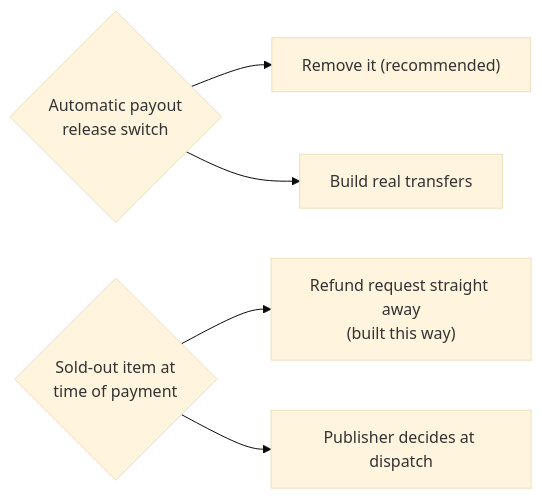
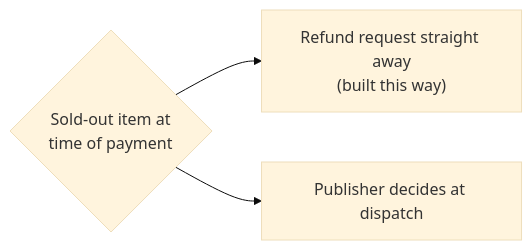
The ninth of 9 diagrams in README.md (Xendtech-Org/schoolshop), drawn with Mermaid (base theme) before and after one commit. The commit also changed other lines of this file and 8 other files, not shown here.

Commit message:
Restore automatic publisher payouts

````diff
--- a/README.md
+++ b/README.md
@@ -205,7 +205,5 @@
 ```mermaid
 flowchart LR
-    Q1{"Automatic payout<br/>release switch"} --> A1["Remove it (recommended)"]
-    Q1 --> A2["Build real transfers"]
-    Q2{"Sold-out item at<br/>time of payment"} --> B1["Refund request straight away<br/>(built this way)"]
-    Q2 --> B2["Publisher decides at dispatch"]
+    Q1{"Sold-out item at<br/>time of payment"} --> B1["Refund request straight away<br/>(built this way)"]
+    Q1 --> B2["Publisher decides at dispatch"]
 ```
````
